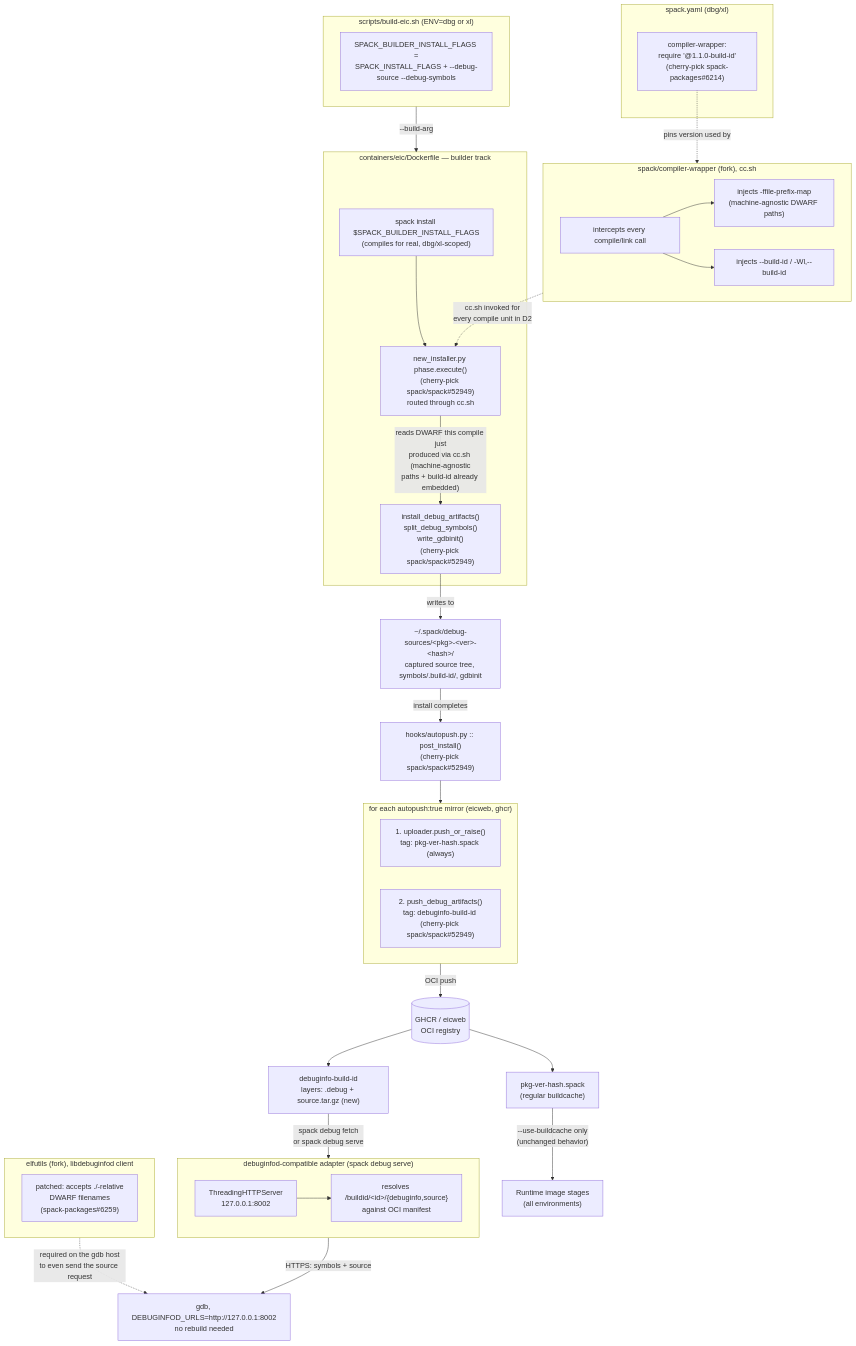
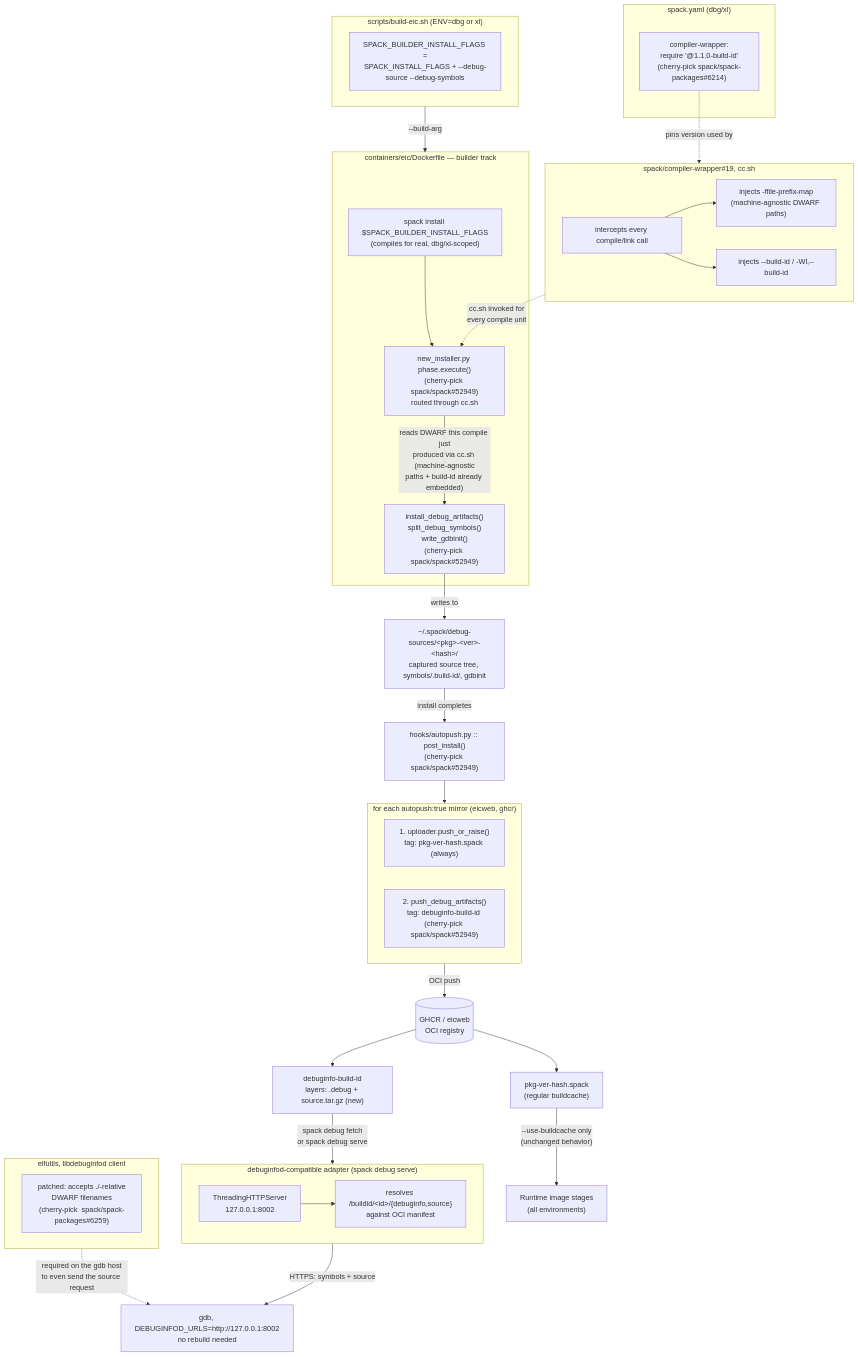
The second of 2 diagrams in eic_integration/README.md (SebastianPaucar/Spack-Debuggable-Installations), drawn with Mermaid before and after one commit.

````diff
--- a/eic_integration/README.md
+++ b/eic_integration/README.md
@@ -92,65 +92,65 @@
 ```mermaid
 flowchart TB
     subgraph Build["scripts/build-eic.sh (ENV=dbg or xl)"]
         F1["SPACK_BUILDER_INSTALL_FLAGS =<br/>SPACK_INSTALL_FLAGS + --debug-source --debug-symbols"]
     end
 
     Build -->|--build-arg| Docker
 
     subgraph Env["spack.yaml (dbg/xl)"]
-        E1["compiler-wrapper:<br/>require '@1.1.0-build-id'<br/>(cherry-pick spack-packages#6214)"]
+        E1["compiler-wrapper:<br/>require '@1.1.0-build-id'<br/>(cherry-pick spack/spack-packages#6214)"]
     end
 
-    subgraph Wrapper["spack/compiler-wrapper (fork), cc.sh"]
+    subgraph Wrapper["spack/compiler-wrapper#19, cc.sh"]
         W1["intercepts every compile/link call"]
         W2["injects -ffile-prefix-map<br/>(machine-agnostic DWARF paths)"]
         W3["injects --build-id / -Wl,--build-id"]
         W1 --> W2
         W1 --> W3
     end
 
     E1 -.->|pins version used by| Wrapper
 
     subgraph Docker["containers/eic/Dockerfile — builder track"]
         D1["spack install $SPACK_BUILDER_INSTALL_FLAGS<br/>(compiles for real, dbg/xl-scoped)"]
         D2["new_installer.py phase.execute()<br/>(cherry-pick spack/spack#52949)<br/>routed through cc.sh"]
         D3["install_debug_artifacts()<br/>split_debug_symbols()<br/>write_gdbinit()<br/>(cherry-pick spack/spack#52949)"]
 	D1 --> D2
         D2 -->|"reads DWARF this compile just<br/>produced via cc.sh (machine-agnostic<br/>paths + build-id already embedded)"| D3
     end
 
-    Wrapper -.->|"cc.sh invoked for<br/>every compile unit in D2"| D2
+    Wrapper -.->|"cc.sh invoked for<br/>every compile unit"| D2
 
     D3 -->|writes to| Cache["~/.spack/debug-sources/&lt;pkg&gt;-&lt;ver&gt;-&lt;hash&gt;/<br/>captured source tree, symbols/.build-id/, gdbinit"]
 
     Cache -->|install completes| Hook["hooks/autopush.py :: post_install()<br/>(cherry-pick spack/spack#52949)"]
 
     subgraph Hook_detail["for each autopush:true mirror (eicweb, ghcr)"]
         H1["1. uploader.push_or_raise()<br/>tag: pkg-ver-hash.spack (always)"]
         H2["2. push_debug_artifacts()<br/>tag: debuginfo-build-id (cherry-pick spack/spack#52949)"]
     end
 
     Hook --> Hook_detail
     Hook_detail -->|OCI push| Registry[("GHCR / eicweb<br/>OCI registry")]
 
     Registry --> R1["pkg-ver-hash.spack<br/>(regular buildcache)"]
     Registry --> R2["debuginfo-build-id<br/>layers: .debug + source.tar.gz (new)"]
 
     R1 -->|"--use-buildcache only<br/>(unchanged behavior)"| Runtime["Runtime image stages<br/>(all environments)"]
 
     R2 -->|"spack debug fetch<br/>or spack debug serve"| Adapter
 
     subgraph Adapter["debuginfod-compatible adapter (spack debug serve)"]
         A1["ThreadingHTTPServer<br/>127.0.0.1:8002"]
         A2["resolves /buildid/&lt;id&gt;/{debuginfo,source}<br/>against OCI manifest"]
         A1 --> A2
     end
     
-    subgraph Elfutils["elfutils (fork), libdebuginfod client"]
-        EL1["patched: accepts ./-relative<br/>DWARF filenames<br/>(spack-packages#6259)"]
+    subgraph Elfutils["elfutils, libdebuginfod client"]
+        EL1["patched: accepts ./-relative<br/>DWARF filenames<br/>(cherry-pick  spack/spack-packages#6259)"]
     end
 
     Elfutils -.->|"required on the gdb host<br/>to even send the source request"| GDB
 
     Adapter -->|"HTTPS: symbols + source"| GDB["gdb, DEBUGINFOD_URLS=http://127.0.0.1:8002<br/>no rebuild needed"]
 ```
````
